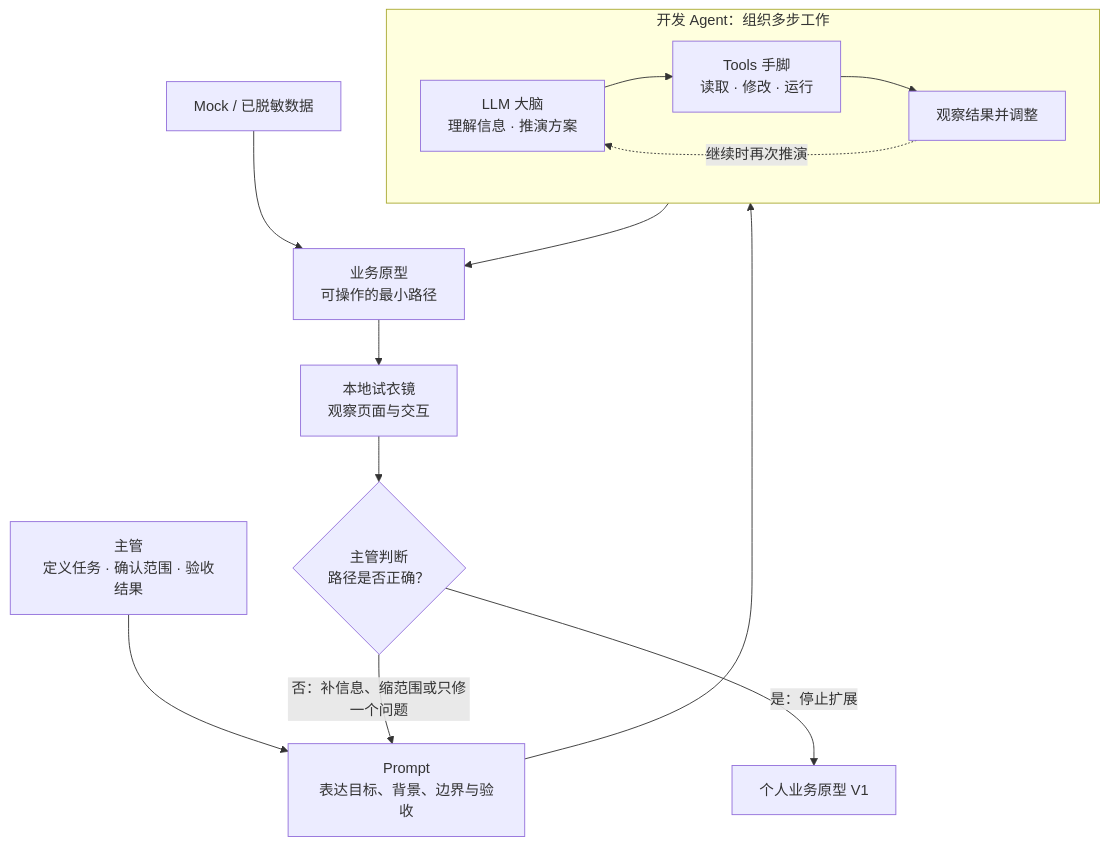
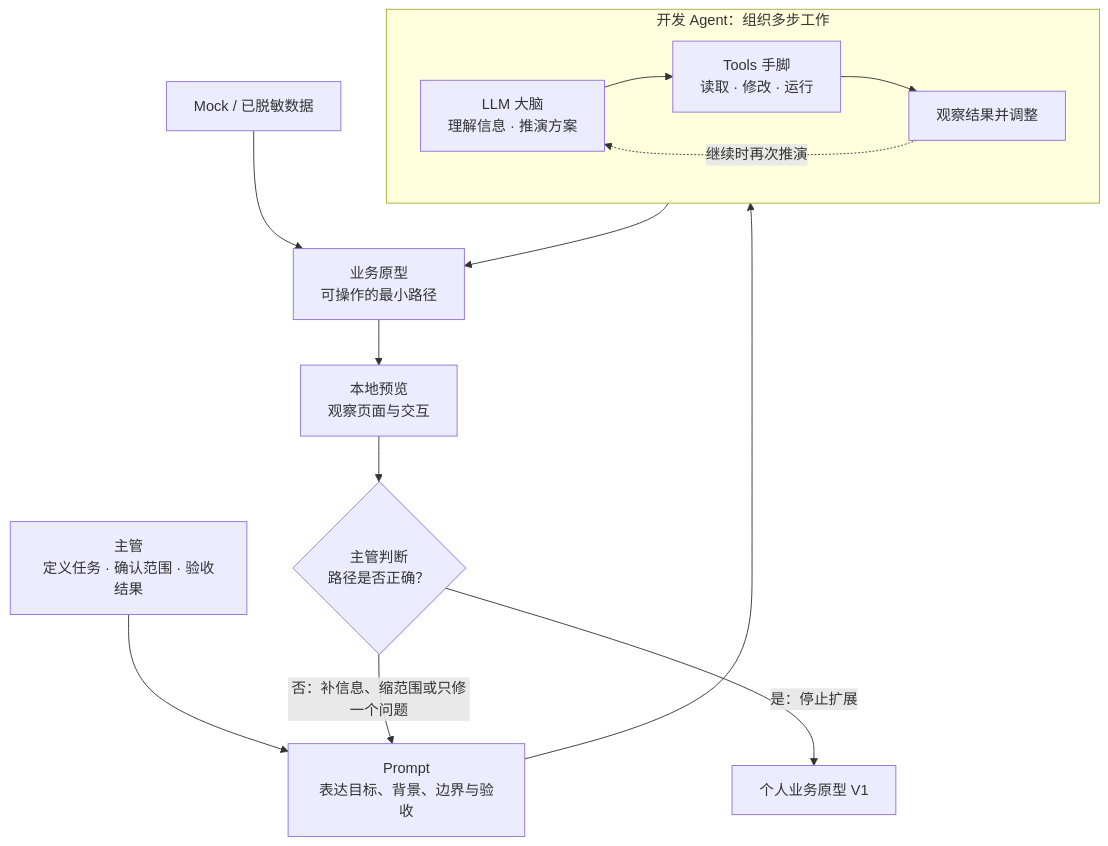
The diagram in lessons/LESSON_01_GUIDE.md (fishfuuu/ai-business-prototype-bootcamp), drawn with Mermaid before and after one commit. The commit also changed other lines of this file and 34 other files, not shown here.

````diff
--- a/lessons/LESSON_01_GUIDE.md
+++ b/lessons/LESSON_01_GUIDE.md
@@ -30,21 +30,21 @@
 ```mermaid
 flowchart TB
     H["主管<br/>定义任务 · 确认范围 · 验收结果"]
     P["Prompt<br/>表达目标、背景、边界与验收"]
     subgraph A["开发 Agent：组织多步工作"]
         L["LLM 大脑<br/>理解信息 · 推演方案"]
         T["Tools 手脚<br/>读取 · 修改 · 运行"]
         O["观察结果并调整"]
         L --> T --> O
         O -. "继续时再次推演" .-> L
     end
     M["Mock / 已脱敏数据"]
-    V["本地试衣镜<br/>观察页面与交互"]
+    V["本地预览<br/>观察页面与交互"]
     B["业务原型<br/>可操作的最小路径"]
     J{"主管判断<br/>路径是否正确？"}
     R["个人业务原型 V1"]
     H --> P --> A --> B --> V --> J
     M --> B
     J -- "否：补信息、缩范围或只修一个问题" --> P
     J -- "是：停止扩展" --> R
 ```
````
